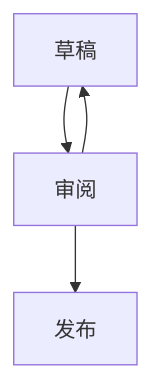
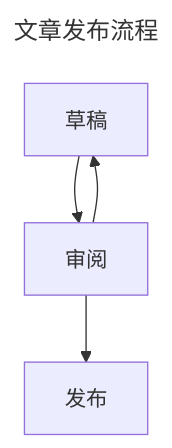
The first of 4 diagrams in src/content/posts/2026/2026-09-20-markdown-showcase/zh-Hans.md (ymmt2005/cfgb-example), drawn with Mermaid before and after one commit. The commit also changed other lines of this file and 3 other files, not shown here.

````diff
--- a/src/content/posts/2026/2026-09-20-markdown-showcase/zh-Hans.md
+++ b/src/content/posts/2026/2026-09-20-markdown-showcase/zh-Hans.md
@@ -61,6 +63,9 @@
 ```mermaid
+---
+title: 文章发布流程
+---
 flowchart TD
   Draft["草稿"] --> Review["审阅"]
   Review --> Publish["发布"]
   Review --> Draft
 ```
````
